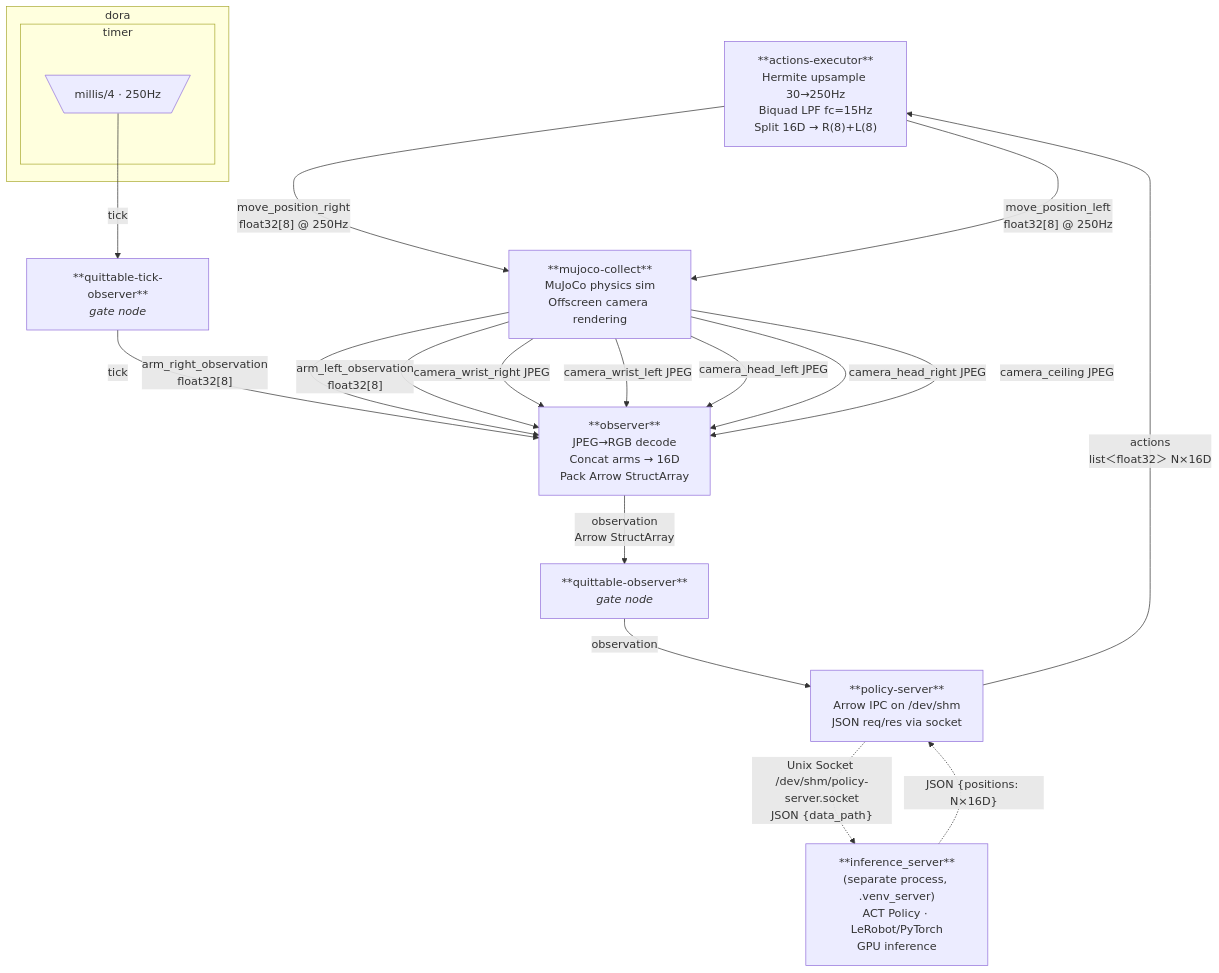
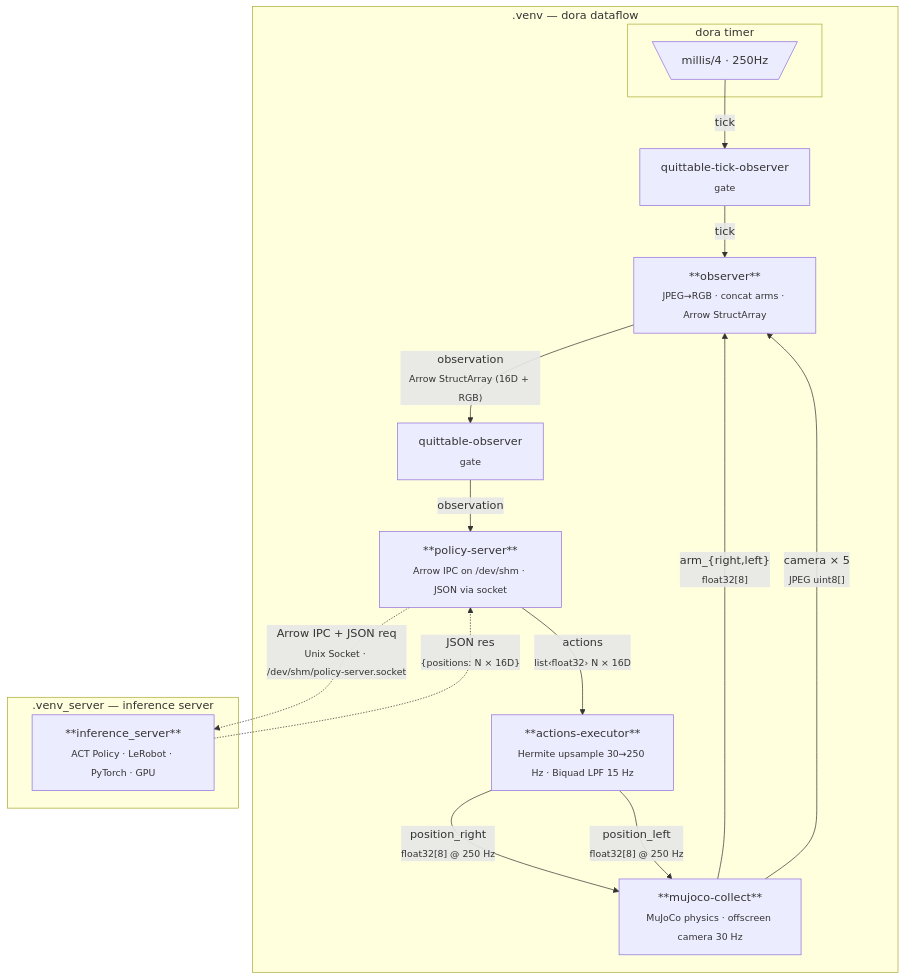
The diagram in README.md (k1000dai/dora-openarm-inference-lerobot), drawn with Mermaid before and after one commit. The commit also changed other lines of this file, not shown here.

Commit message:
update mermaid

````diff
--- a/README.md
+++ b/README.md
@@ -33,33 +31,36 @@
 ```mermaid
 flowchart TB
-  actions-executor["**actions-executor**<br/>Hermite upsample 30→250Hz<br/>Biquad LPF fc=15Hz<br/>Split 16D → R(8)+L(8)"]
-  mujoco-collect["**mujoco-collect**<br/>MuJoCo physics sim<br/>Offscreen camera rendering"]
-  observer["**observer**<br/>JPEG→RGB decode<br/>Concat arms → 16D<br/>Pack Arrow StructArray"]
-  policy-server["**policy-server**<br/>Arrow IPC on /dev/shm<br/>JSON req/res via socket"]
-  quittable-observer["**quittable-observer**<br/><i>gate node</i>"]
-  quittable-tick-observer["**quittable-tick-observer**<br/><i>gate node</i>"]
-  inference-server["**inference_server**<br/>(separate process, .venv_server)<br/>ACT Policy · LeRobot/PyTorch<br/>GPU inference"]
+  subgraph venv [".venv — dora dataflow"]
+    subgraph dora_timer [dora timer]
+      timer[\millis/4 · 250Hz/]
+    end
 
-subgraph ___dora___ [dora]
-  subgraph ___timer_timer___ [timer]
-    dora/timer/millis/4[\millis/4 · 250Hz/]
+    tick_gate["quittable-tick-observer<br/><sub>gate</sub>"]
+    obs_gate["quittable-observer<br/><sub>gate</sub>"]
+
+    observer["**observer**<br/><sub>JPEG→RGB · concat arms · Arrow StructArray</sub>"]
+    policy["**policy-server**<br/><sub>Arrow IPC on /dev/shm · JSON via socket</sub>"]
+    executor["**actions-executor**<br/><sub>Hermite upsample 30→250 Hz · Biquad LPF 15 Hz</sub>"]
+    mujoco["**mujoco-collect**<br/><sub>MuJoCo physics · offscreen camera 30 Hz</sub>"]
   end
-end
 
-  dora/timer/millis/4 -- tick --> quittable-tick-observer
-  quittable-tick-observer -- tick --> observer
-  mujoco-collect -- "arm_right_observation<br/>float32[8]" --> observer
-  mujoco-collect -- "arm_left_observation<br/>float32[8]" --> observer
-  mujoco-collect -- "camera_wrist_right JPEG" --> observer
-  mujoco-collect -- "camera_wrist_left JPEG" --> observer
-  mujoco-collect -- "camera_head_left JPEG" --> observer
-  mujoco-collect -- "camera_head_right JPEG" --> observer
-  mujoco-collect -- "camera_ceiling JPEG" --> observer
-  observer -- "observation<br/>Arrow StructArray" --> quittable-observer
-  quittable-observer -- observation --> policy-server
-  policy-server -. "Unix Socket /dev/shm/policy-server.socket<br/>JSON {data_path}" .-> inference-server
-  inference-server -. "JSON {positions: N×16D}" .-> policy-server
-  policy-server -- "actions<br/>list＜float32＞ N×16D" --> actions-executor
-  actions-executor -- "move_position_right<br/>float32[8] @ 250Hz" --> mujoco-collect
-  actions-executor -- "move_position_left<br/>float32[8] @ 250Hz" --> mujoco-collect
+  subgraph venv_server [".venv_server — inference server"]
+    inference["**inference_server**<br/><sub>ACT Policy · LeRobot · PyTorch · GPU</sub>"]
+  end
+
+  timer -- tick --> tick_gate -- tick --> observer
+
+  mujoco -- "arm_{right,left}<br/><sub>float32[8]</sub>" --> observer
+  mujoco -- "camera × 5<br/><sub>JPEG uint8[]</sub>" --> observer
+
+  observer -- "observation<br/><sub>Arrow StructArray (16D + RGB)</sub>" --> obs_gate
+  obs_gate -- observation --> policy
+
+  policy -. "Arrow IPC + JSON req<br/><sub>Unix Socket · /dev/shm/policy-server.socket</sub>" .-> inference
+  inference -. "JSON res<br/><sub>{positions: N × 16D}</sub>" .-> policy
+
+  policy -- "actions<br/><sub>list‹float32› N × 16D</sub>" --> executor
+
+  executor -- "position_right<br/><sub>float32[8] @ 250 Hz</sub>" --> mujoco
+  executor -- "position_left<br/><sub>float32[8] @ 250 Hz</sub>" --> mujoco
 ```
````
